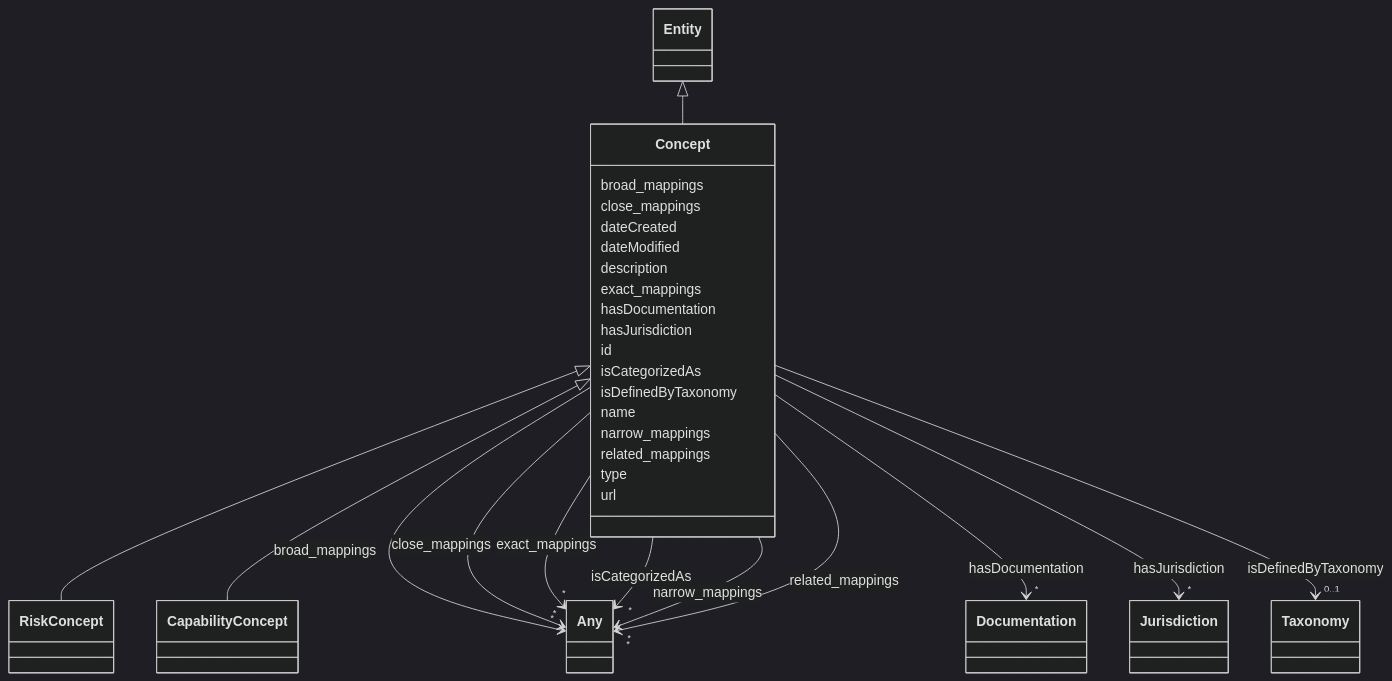
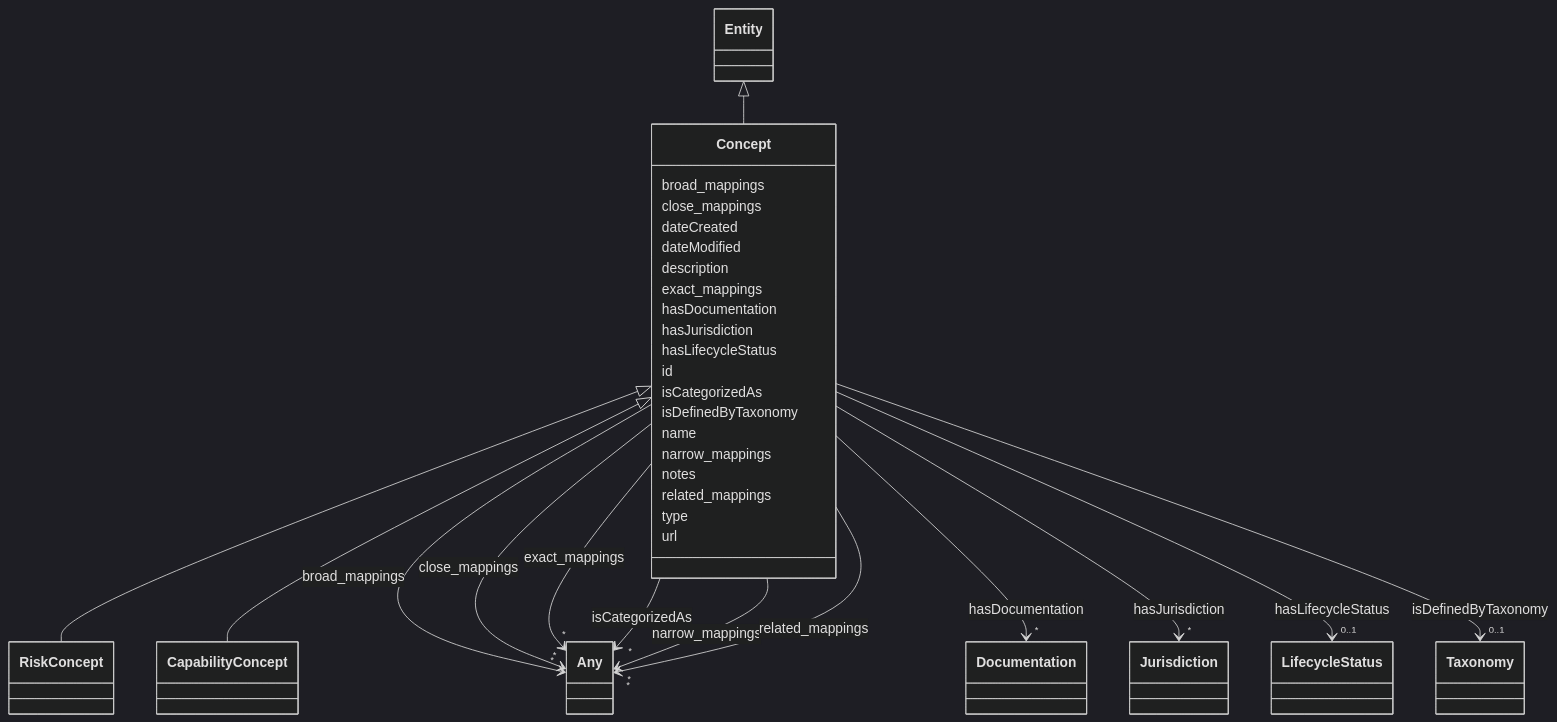
One commit to ingelise/risk-atlas-nexus changed the diagram in docs/ontology/Concept.md. Above: the diagram before and after it, drawn with Mermaid (dark theme). The commit also changed other lines of this file and 190 other files, not shown here.

```diff
--- a/docs/ontology/Concept.md
+++ b/docs/ontology/Concept.md
@@ -88,6 +88,17 @@
 
 
 
+      Concept : hasLifecycleStatus
+
+
+
+
+
+        Concept --> "0..1" LifecycleStatus : hasLifecycleStatus
+        click LifecycleStatus href "../LifecycleStatus/"
+
+
+
       Concept : id
 
       Concept : isCategorizedAs
@@ -125,6 +136,8 @@
 
 
 
+      Concept : notes
+
       Concept : related_mappings
 
 
```
